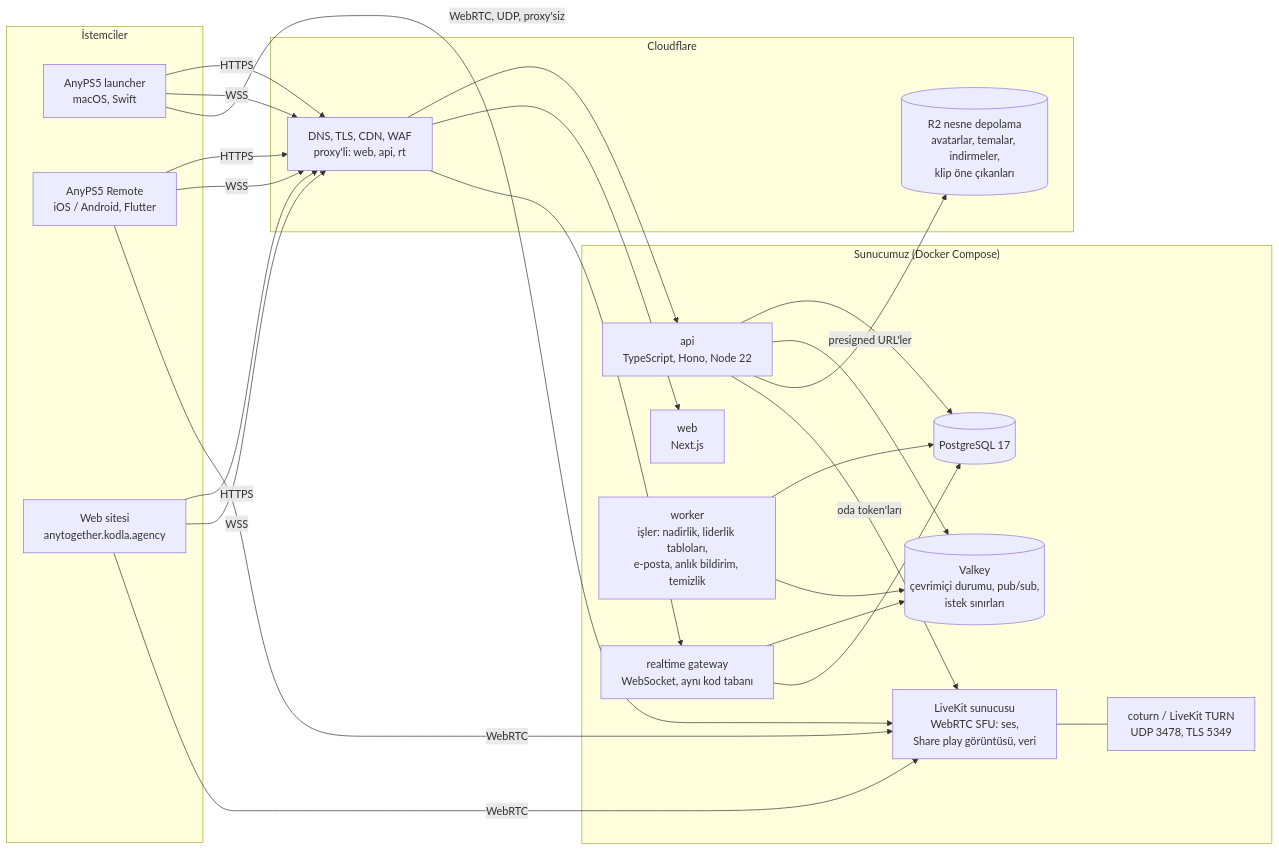
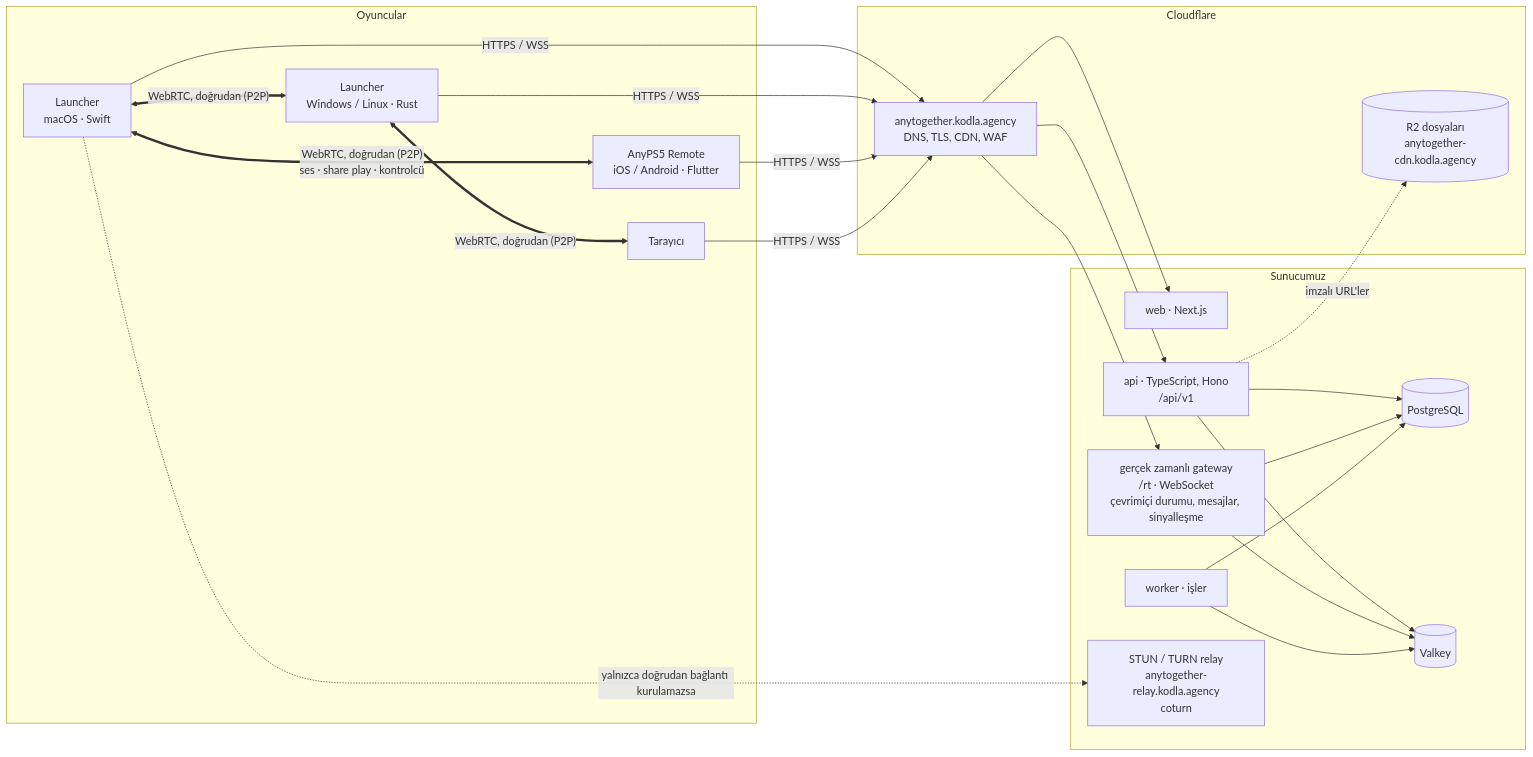
Before and after one commit to AnyTogether/AnyPS5-ARM: the first of 2 diagrams in docs/tr/02-mimari.md, drawn with Mermaid. The commit also changed other lines of this file and 11 other files, not shown here.

````diff
--- a/docs/tr/02-mimari.md
+++ b/docs/tr/02-mimari.md
@@ -5,43 +13,35 @@
 ```mermaid
 flowchart LR
-    subgraph Clients [İstemciler]
-        L[AnyPS5 launcher<br/>macOS, Swift]
-        P[AnyPS5 Remote<br/>iOS / Android, Flutter]
-        W[Web sitesi<br/>anytogether.kodla.agency]
+    subgraph Players [Oyuncular]
+        L1[Launcher<br/>macOS · Swift]
+        L2[Launcher<br/>Windows / Linux · Rust]
+        P[AnyPS5 Remote<br/>iOS / Android · Flutter]
+        W[Tarayıcı]
     end
 
     subgraph Cloudflare
-        CF[DNS, TLS, CDN, WAF<br/>proxy'li: web, api, rt]
-        R2[(R2 nesne depolama<br/>avatarlar, temalar, indirmeler,<br/>klip öne çıkanları)]
+        CF[anytogether.kodla.agency<br/>DNS, TLS, CDN, WAF]
+        R2[(R2 dosyaları<br/>anytogether-cdn.kodla.agency)]
     end
 
-    subgraph "Sunucumuz (Docker Compose)"
-        API[api<br/>TypeScript, Hono, Node 22]
-        RT[realtime gateway<br/>WebSocket, aynı kod tabanı]
-        WK[worker<br/>işler: nadirlik, liderlik tabloları,<br/>e-posta, anlık bildirim, temizlik]
-        WEB[web<br/>Next.js]
-        PG[(PostgreSQL 17)]
-        VK[(Valkey<br/>çevrimiçi durumu, pub/sub,<br/>istek sınırları)]
-        LK[LiveKit sunucusu<br/>WebRTC SFU: ses,<br/>Share play görüntüsü, veri]
-        TURN[coturn / LiveKit TURN<br/>UDP 3478, TLS 5349]
+    subgraph "Sunucumuz"
+        WEB[web · Next.js]
+        API[api · TypeScript, Hono<br/>/api/v1]
+        RT[gerçek zamanlı gateway<br/>/rt · WebSocket<br/>çevrimiçi durumu, mesajlar, sinyalleşme]
+        WK[worker · işler]
+        PG[(PostgreSQL)]
+        VK[(Valkey)]
+        TURN[STUN / TURN relay<br/>anytogether-relay.kodla.agency<br/>coturn]
     end
 
-    L -- HTTPS --> CF --> API
-    P -- HTTPS --> CF
-    W -- HTTPS --> CF --> WEB
-    L -- WSS --> CF --> RT
-    P -- WSS --> CF
-    W -- WSS --> CF
-    API --> PG
-    API --> VK
-    RT --> VK
-    RT --> PG
-    WK --> PG
-    WK --> VK
-    API -- presigned URL'ler --> R2
-    L -- WebRTC, UDP, proxy'siz --> LK
-    P -- WebRTC --> LK
-    W -- WebRTC --> LK
-    LK --- TURN
-    API -- oda token'ları --> LK
+    L1 & L2 & P & W -- HTTPS / WSS --> CF --> WEB & API & RT
+    API --> PG & VK
+    RT --> VK & PG
+    WK --> PG & VK
+    API -. "imzalı URL'ler" .-> R2
+
+    L1 <== "WebRTC, doğrudan (P2P)<br/>ses · share play · kontrolcü" ==> P
+    L2 <== "WebRTC, doğrudan (P2P)" ==> W
+    L1 <== "WebRTC, doğrudan (P2P)" ==> L2
+    L1 -. "yalnızca doğrudan bağlantı kurulamazsa" .-> TURN
 ```
````
